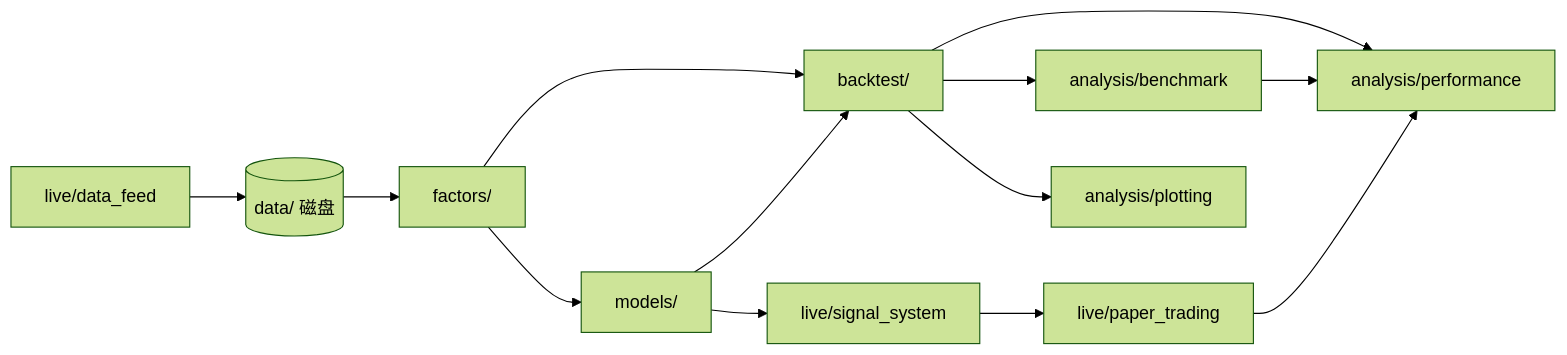
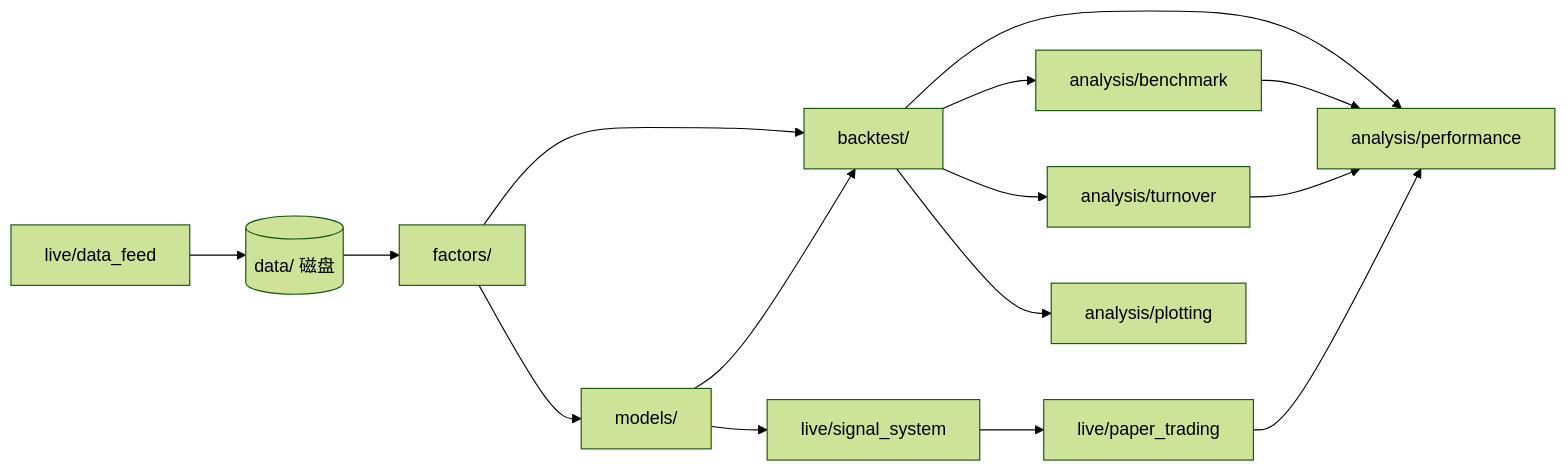
The diagram in docs/CODE_STRUCTURE.md (Mikowong0821/quant_strategy), drawn with Mermaid (forest theme) before and after one commit. The commit also changed other lines of this file and 24 other files, not shown here.

Commit message:
Add turnover and trading cost analysis

````diff
--- a/docs/CODE_STRUCTURE.md
+++ b/docs/CODE_STRUCTURE.md
@@ -18,26 +18,29 @@
 ```mermaid
 flowchart LR
   data[(data/ 磁盘)]
   feed[live/data_feed]
   fac[factors/]
   bt[backtest/]
   opt[models/]
   sig[live/signal_system]
   paper[live/paper_trading]
   perf[analysis/performance]
   bench[analysis/benchmark]
+  turn[analysis/turnover]
   plot[analysis/plotting]
 
   data --> fac
   feed --> data
   fac --> bt
   opt --> bt
   bt --> perf
   bt --> bench
+  bt --> turn
   bench --> perf
+  turn --> perf
   bt --> plot
   fac --> opt
   opt --> sig
   sig --> paper
   paper --> perf
 ```
````
